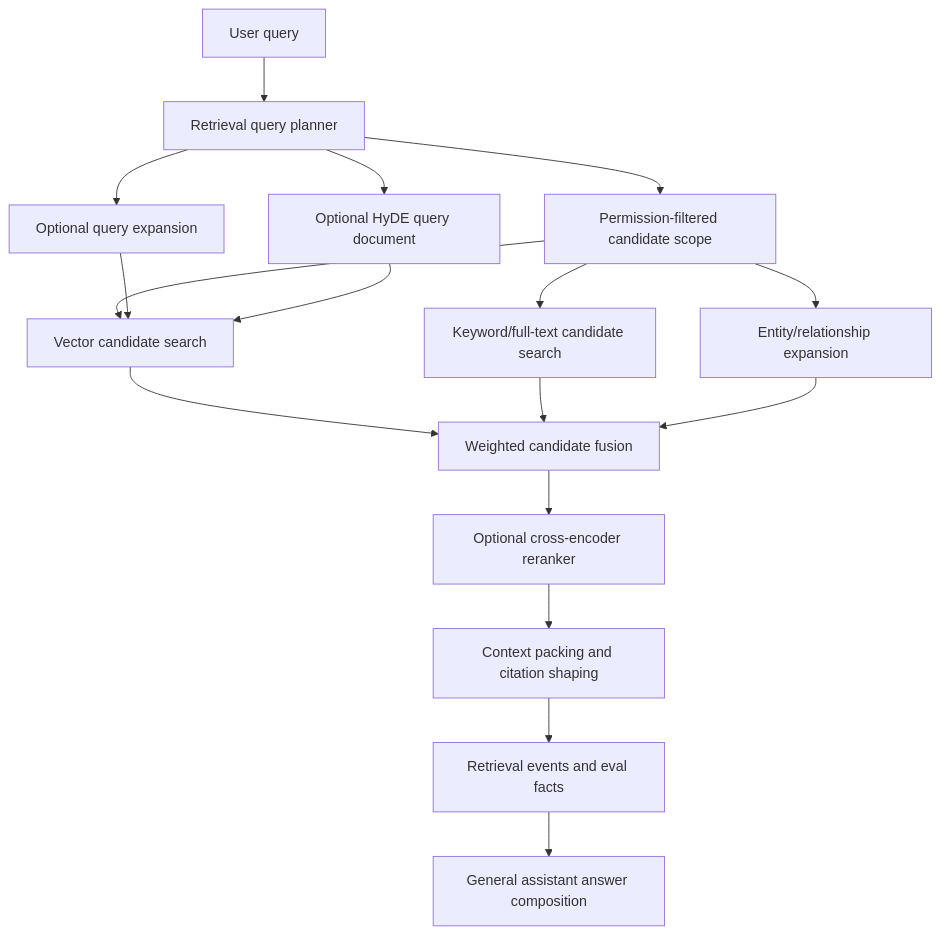
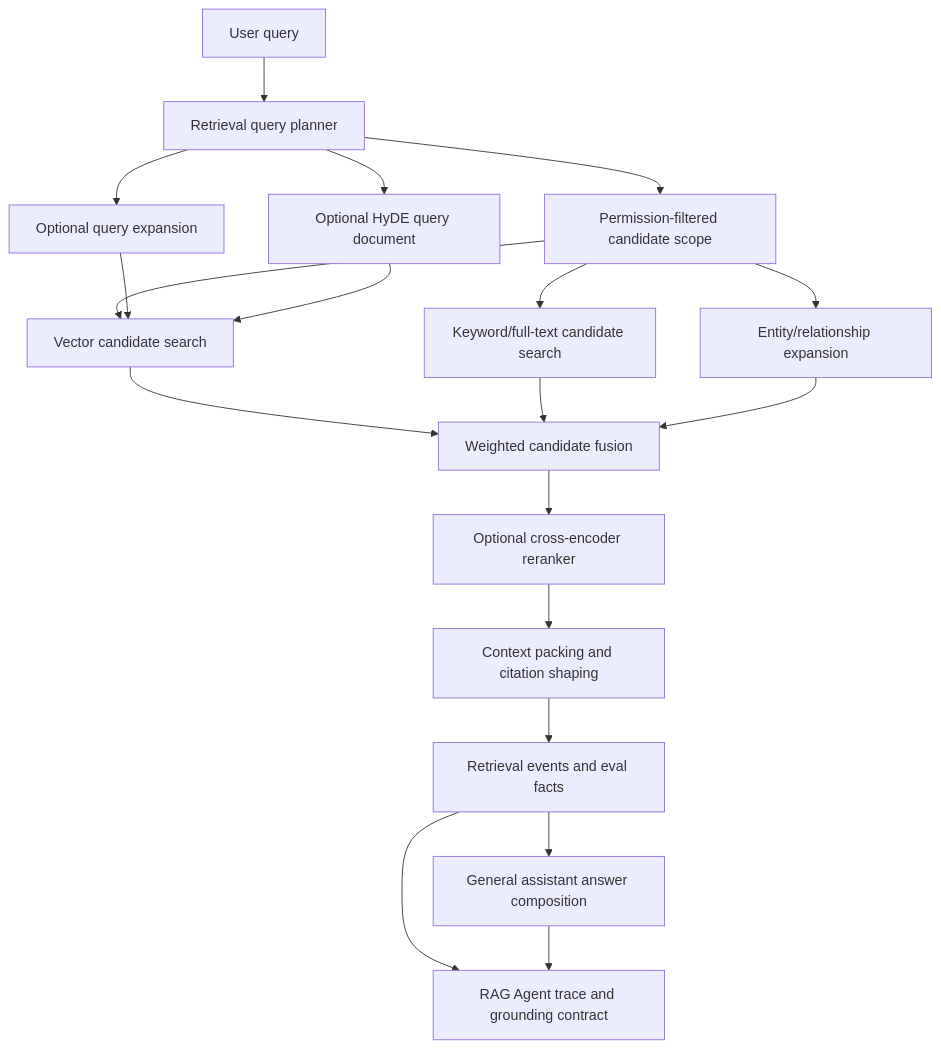
The diagram in docs/product-chat-service/en/12-retrieval-agent-hybrid-reference.md (heecheon92/my-agents), drawn with Mermaid before and after one commit. The commit also changed other lines of this file and 25 other files, not shown here.

````diff
--- a/docs/product-chat-service/en/12-retrieval-agent-hybrid-reference.md
+++ b/docs/product-chat-service/en/12-retrieval-agent-hybrid-reference.md
@@ -11,19 +11,21 @@
 ```mermaid
 flowchart TD
     Query[User query] --> Plan[Retrieval query planner]
     Plan --> Auth[Permission-filtered candidate scope]
     Auth --> Vector[Vector candidate search]
     Auth --> FullText[Keyword/full-text candidate search]
     Auth --> Graph[Entity/relationship expansion]
     Plan --> Expand[Optional query expansion]
     Plan --> HyDE[Optional HyDE query document]
     Expand --> Vector
     HyDE --> Vector
     Vector --> Fuse[Weighted candidate fusion]
     FullText --> Fuse
     Graph --> Fuse
     Fuse --> Rerank[Optional cross-encoder reranker]
     Rerank --> Pack[Context packing and citation shaping]
     Pack --> Evidence[Retrieval events and eval facts]
+    Evidence --> RAGAgent[RAG Agent trace and grounding contract]
     Evidence --> Assistant[General assistant answer composition]
+    Assistant --> RAGAgent
 ```
````
